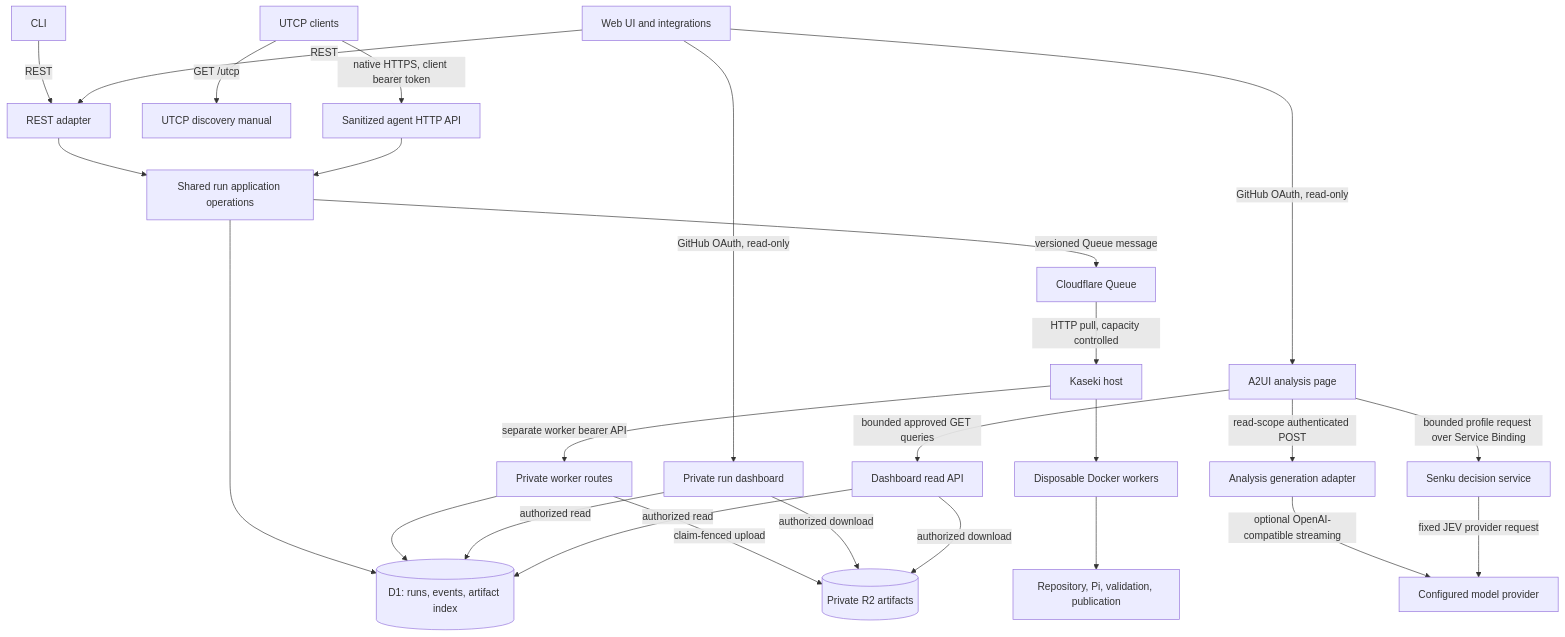
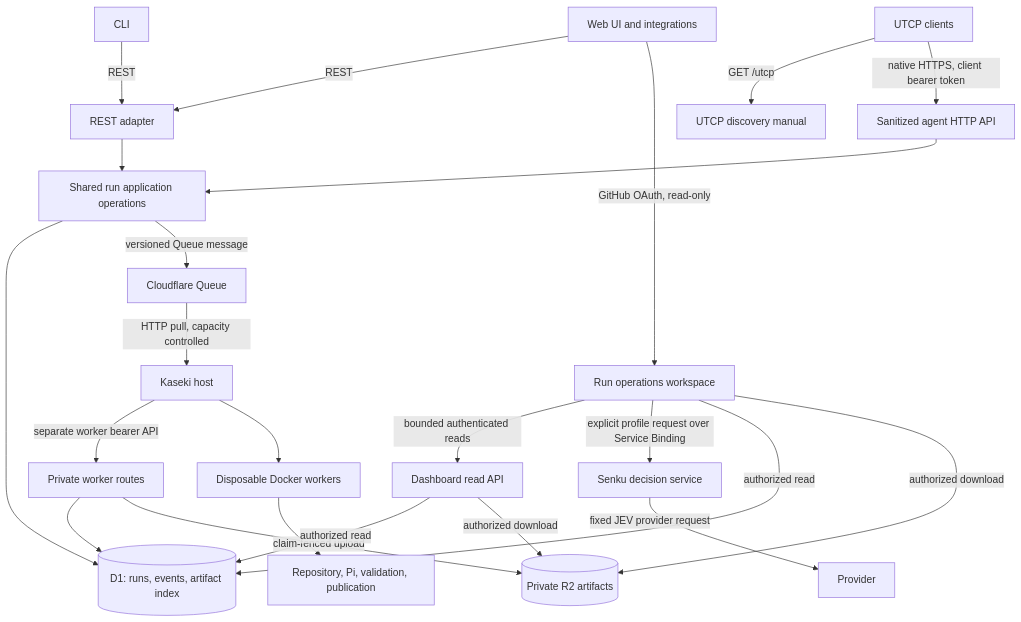
Before and after one commit to CyanAutomation/soyuz: the first of 2 diagrams in docs/ARCHITECTURE.md, drawn with Mermaid. The commit also changed other lines of this file and 51 other files, not shown here.

First line of the commit message:
Integrate run operations workspace (#116)

````diff
--- a/docs/ARCHITECTURE.md
+++ b/docs/ARCHITECTURE.md
@@ -3,28 +3,25 @@
 ```mermaid
 flowchart TD
     CLI[CLI] -->|REST| REST[REST adapter]
     UI[Web UI and integrations] -->|REST| REST
-    UI -->|GitHub OAuth, read-only| Dashboard[Private run dashboard]
-    UI -->|GitHub OAuth, read-only| Analysis[A2UI analysis page]
-    Analysis -->|bounded approved GET queries| DashboardApi[Dashboard read API]
-    Analysis -->|read-scope authenticated POST| Generation[Analysis generation adapter]
-    Generation -->|optional OpenAI-compatible streaming| Provider[Configured model provider]
-    Analysis -->|bounded profile request over Service Binding| Senku[Senku decision service]
+    UI -->|GitHub OAuth, read-only| Dashboard[Run operations workspace]
+    Dashboard -->|bounded authenticated reads| DashboardApi[Dashboard read API]
+    Dashboard -->|explicit profile request over Service Binding| Senku[Senku decision service]
     Senku -->|fixed JEV provider request| Provider
     AI[UTCP clients] -->|GET /utcp| Manual[UTCP discovery manual]
     AI -->|native HTTPS, client bearer token| AgentApi[Sanitized agent HTTP API]
     REST --> App[Shared run application operations]
     AgentApi --> App
     App --> D1[(D1: runs, events, artifact index)]
     App -->|versioned Queue message| Q[Cloudflare Queue]
     Q -->|HTTP pull, capacity controlled| K[Kaseki host]
     K -->|separate worker bearer API| Worker[Private worker routes]
     Worker --> D1
     Worker -->|claim-fenced upload| R2[(Private R2 artifacts)]
     Dashboard -->|authorized read| D1
     Dashboard -->|authorized download| R2
     DashboardApi -->|authorized read| D1
     DashboardApi -->|authorized download| R2
     K --> Docker[Disposable Docker workers]
     Docker --> Repo[Repository, Pi, validation, publication]
 ```
````
